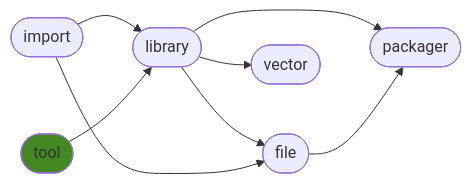
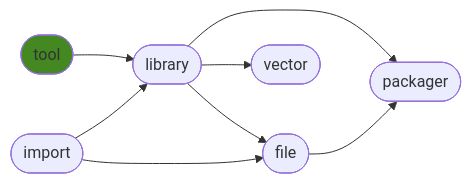
One commit to ManderaGeneral/generaltool changed the diagram in README.md. Above: the diagram before and after it, drawn with Mermaid. The commit also changed other lines of this file, not shown here.

````diff
--- a/README.md
+++ b/README.md
@@ -23,17 +23,17 @@
 ```mermaid
 flowchart LR
+1([tool]) --> 2([library])
+2([library]) --> 5([packager])
+2([library]) --> 3([file])
+3([file]) --> 5([packager])
+0([import]) --> 3([file])
 0([import]) --> 2([library])
 2([library]) --> 4([vector])
-2([library]) --> 5([packager])
-2([library]) --> 3([file])
-1([tool]) --> 2([library])
-0([import]) --> 3([file])
-3([file]) --> 5([packager])
 click 0 "https://github.com/ManderaGeneral/generalimport"
 click 1 "https://github.com/ManderaGeneral/generaltool"
 click 2 "https://github.com/ManderaGeneral/generallibrary"
 click 3 "https://github.com/ManderaGeneral/generalfile"
 click 4 "https://github.com/ManderaGeneral/generalvector"
 click 5 "https://github.com/ManderaGeneral/generalpackager"
 style 1 fill:#482
 ```
````
